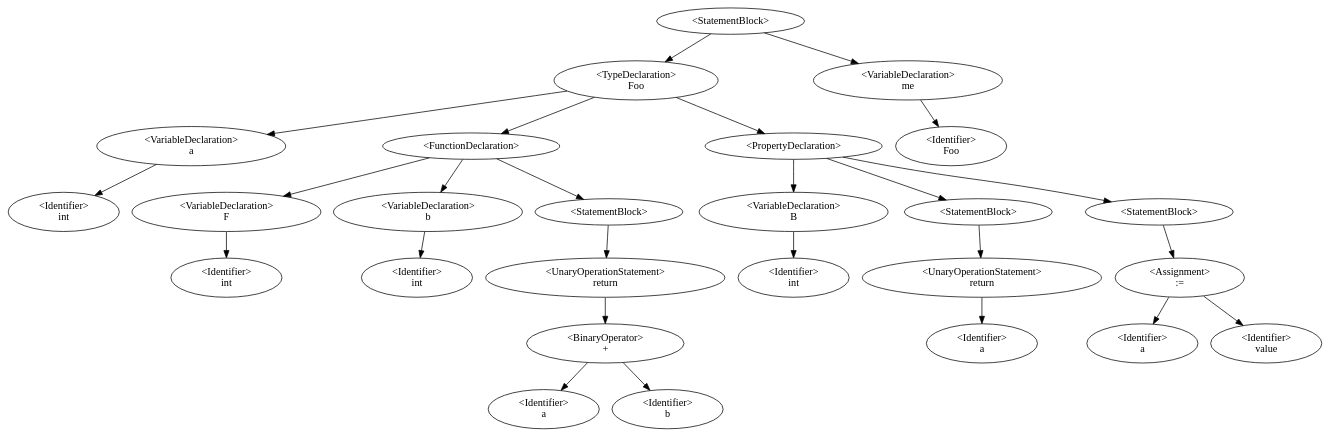
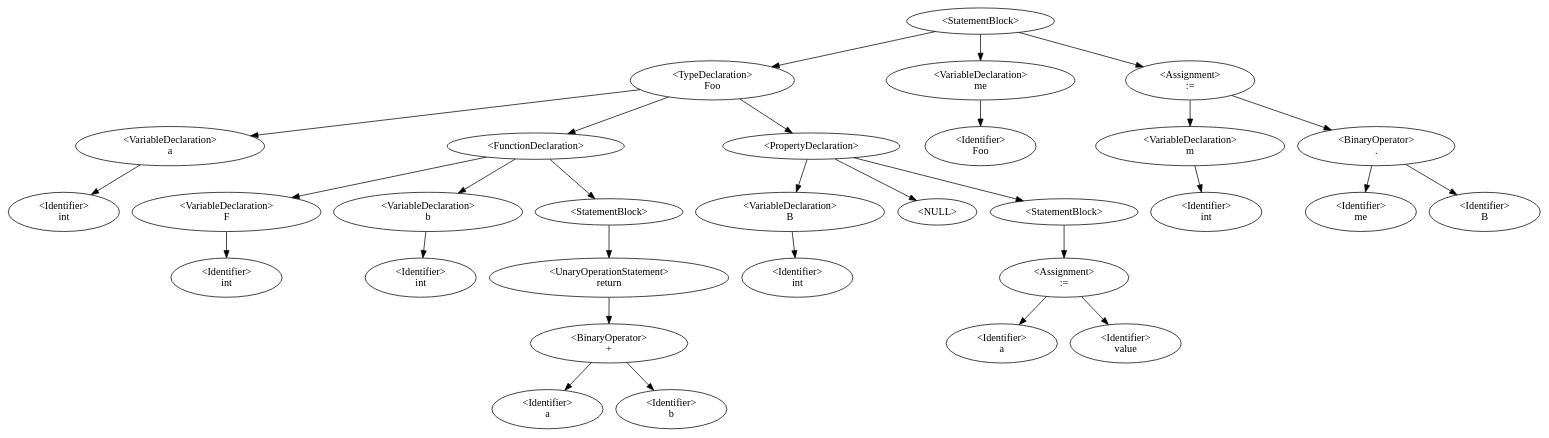
One commit to QazmoQwerty/dino changed the diagram in Dino/Dino/AstDisplay.gv. Above: the diagram before and after it, drawn with Graphviz. The commit also changed 6 other files, not shown here.

```diff
--- a/Dino/Dino/AstDisplay.gv
+++ b/Dino/Dino/AstDisplay.gv
@@ -1,28 +1,31 @@
 digraph G {
-0 [label="<StatementBlock>"];0->1;0->25;
-1 [label="<TypeDeclaration>\nFoo"];1->3;1->16;1->6;
+0 [label="<StatementBlock>"];0->1;0->22;0->25;
+1 [label="<TypeDeclaration>\nFoo"];1->3;1->13;1->6;
 3 [label="<VariableDeclaration>\na"];3->2;
 2 [label="<Identifier>\nint"];
-16 [label="<FunctionDeclaration>\n"];16->15;16->18;16->19;
-15 [label="<VariableDeclaration>\nF"];15->14;
+13 [label="<FunctionDeclaration>\n"];13->12;13->15;13->16;
+12 [label="<VariableDeclaration>\nF"];12->11;
+11 [label="<Identifier>\nint"];
+15 [label="<VariableDeclaration>\nb"];15->14;
 14 [label="<Identifier>\nint"];
-18 [label="<VariableDeclaration>\nb"];18->17;
-17 [label="<Identifier>\nint"];
-19 [label="<StatementBlock>"];19->20;
-20 [label="<UnaryOperationStatement>\nreturn"];20->22;
-22 [label="<BinaryOperator>\n+"];22->21;22->23;
-21 [label="<Identifier>\na"];
-23 [label="<Identifier>\nb"];
-6 [label="<PropertyDeclaration>"];6->5;6->7;6->10;
+16 [label="<StatementBlock>"];16->17;
+17 [label="<UnaryOperationStatement>\nreturn"];17->19;
+19 [label="<BinaryOperator>\n+"];19->18;19->20;
+18 [label="<Identifier>\na"];
+20 [label="<Identifier>\nb"];
+6 [label="<PropertyDeclaration>"];6->5;6->-1;-1 [label="<NULL>"];6->7;
 5 [label="<VariableDeclaration>\nB"];5->4;
 4 [label="<Identifier>\nint"];
-7 [label="<StatementBlock>"];7->8;
-8 [label="<UnaryOperationStatement>\nreturn"];8->9;
-9 [label="<Identifier>\na"];
-10 [label="<StatementBlock>"];10->12;
-12 [label="<Assignment>\n:="];12->11;12->13;
-11 [label="<Identifier>\na"];
-13 [label="<Identifier>\nvalue"];
-25 [label="<VariableDeclaration>\nme"];25->24;
-24 [label="<Identifier>\nFoo"];
+7 [label="<StatementBlock>"];7->9;
+9 [label="<Assignment>\n:="];9->8;9->10;
+8 [label="<Identifier>\na"];
+10 [label="<Identifier>\nvalue"];
+22 [label="<VariableDeclaration>\nme"];22->21;
+21 [label="<Identifier>\nFoo"];
+25 [label="<Assignment>\n:="];25->24;25->27;
+24 [label="<VariableDeclaration>\nm"];24->23;
+23 [label="<Identifier>\nint"];
+27 [label="<BinaryOperator>\n."];27->26;27->28;
+26 [label="<Identifier>\nme"];
+28 [label="<Identifier>\nB"];
 }
```
